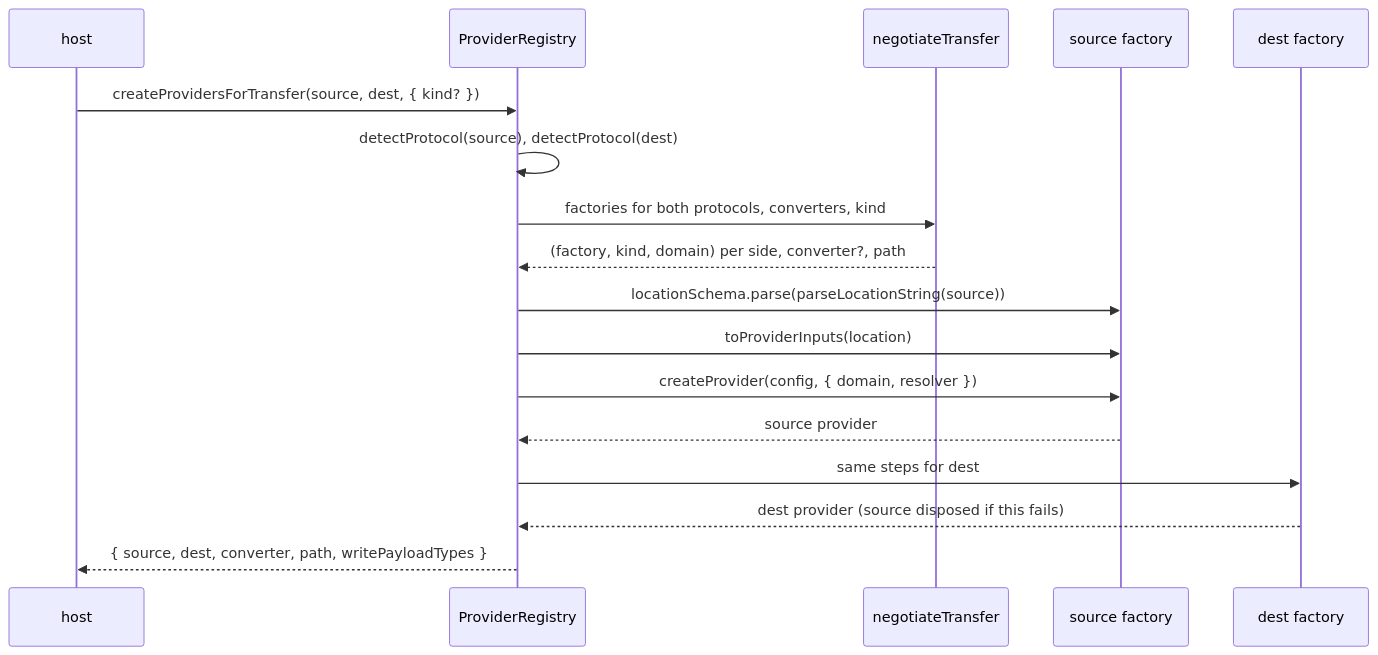
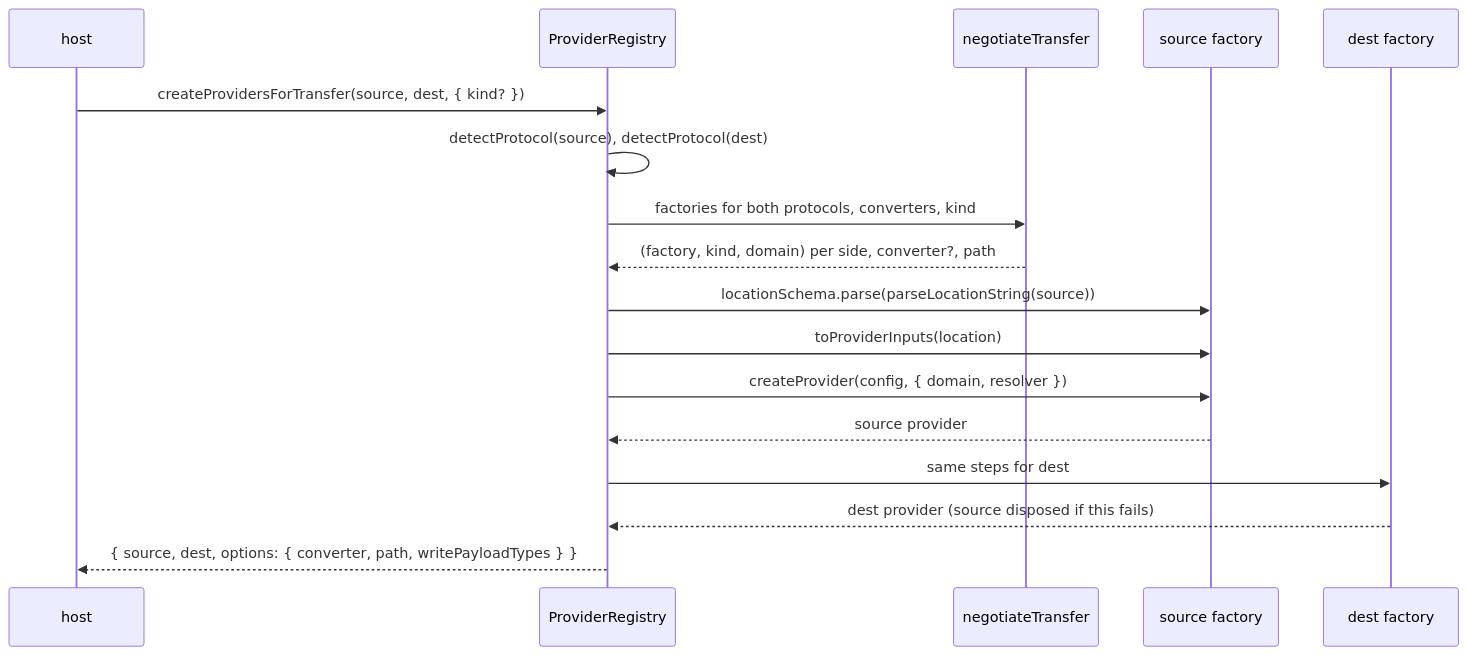
One commit to flowscripter/pluggable-io-framework changed the seventh of 7 diagrams in README/implementation-details.md. Above: the diagram before and after it, drawn with Mermaid. The commit also changed other lines of this file and 4 other files, not shown here.

````diff
--- a/README/implementation-details.md
+++ b/README/implementation-details.md
@@ -359,19 +358,19 @@
 ```mermaid
 sequenceDiagram
     participant H as host
     participant R as ProviderRegistry
     participant N as negotiateTransfer
     participant SF as source factory
     participant DF as dest factory
     H->>R: createProvidersForTransfer(source, dest, { kind? })
     R->>R: detectProtocol(source), detectProtocol(dest)
     R->>N: factories for both protocols, converters, kind
     N-->>R: (factory, kind, domain) per side, converter?, path
     R->>SF: locationSchema.parse(parseLocationString(source))
     R->>SF: toProviderInputs(location)
     R->>SF: createProvider(config, { domain, resolver })
     SF-->>R: source provider
     R->>DF: same steps for dest
     DF-->>R: dest provider (source disposed if this fails)
-    R-->>H: { source, dest, converter, path, writePayloadTypes }
+    R-->>H: { source, dest, options: { converter, path, writePayloadTypes } }
 ```
````
